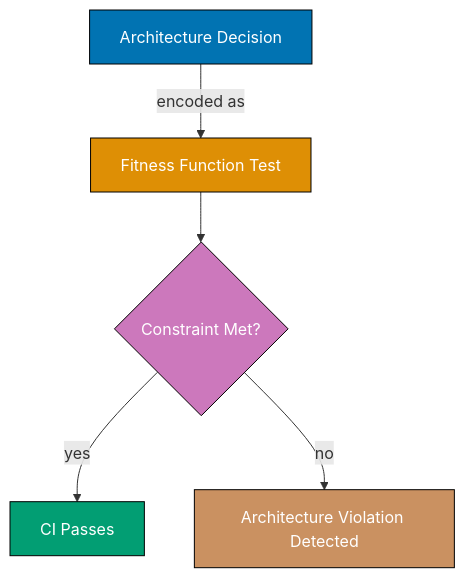
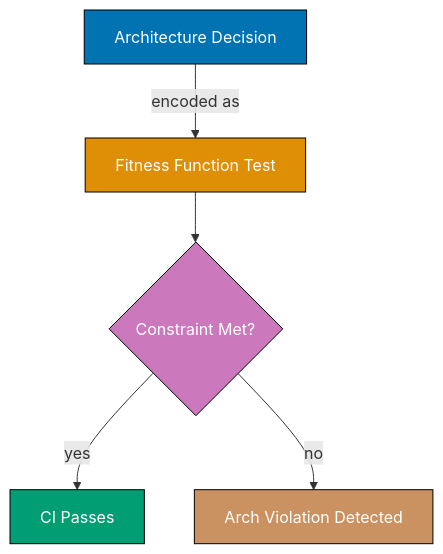
Before and after one commit to wahidyankf/open-sharia-enterprise: the eighth of 9 diagrams in apps/ayokoding-web/content/en/learn/software-engineering/development/test-driven-development-tdd/by-example/advanced.md, drawn with Mermaid. The commit also changed other lines of this file and 16 other files, not shown here.

First line of the commit message:
fix(content): fix 46 pre-existing Mermaid violations in tutorial files

````diff
--- a/apps/ayokoding-web/content/en/learn/software-engineering/development/test-driven-development-tdd/by-example/advanced.md
+++ b/apps/ayokoding-web/content/en/learn/software-engineering/development/test-driven-development-tdd/by-example/advanced.md
@@ -1783,20 +1785,20 @@
 ```mermaid
 %% Color Palette: Blue #0173B2, Orange #DE8F05, Teal #029E73, Purple #CC78BC
 graph TD
     A[Architecture Decision]
     B[Fitness Function Test]
     C{Constraint Met?}
     D[CI Passes]
-    E[Architecture Violation Detected]
+    E[Arch Violation Detected]
 
     A -->|"encoded as"| B
     B --> C
     C -->|"yes"| D
     C -->|"no"| E
 
     style A fill:#0173B2,stroke:#000,color:#fff
     style B fill:#DE8F05,stroke:#000,color:#fff
     style C fill:#CC78BC,stroke:#000,color:#fff
     style D fill:#029E73,stroke:#000,color:#fff
     style E fill:#CA9161,stroke:#000,color:#fff
 ```
````
